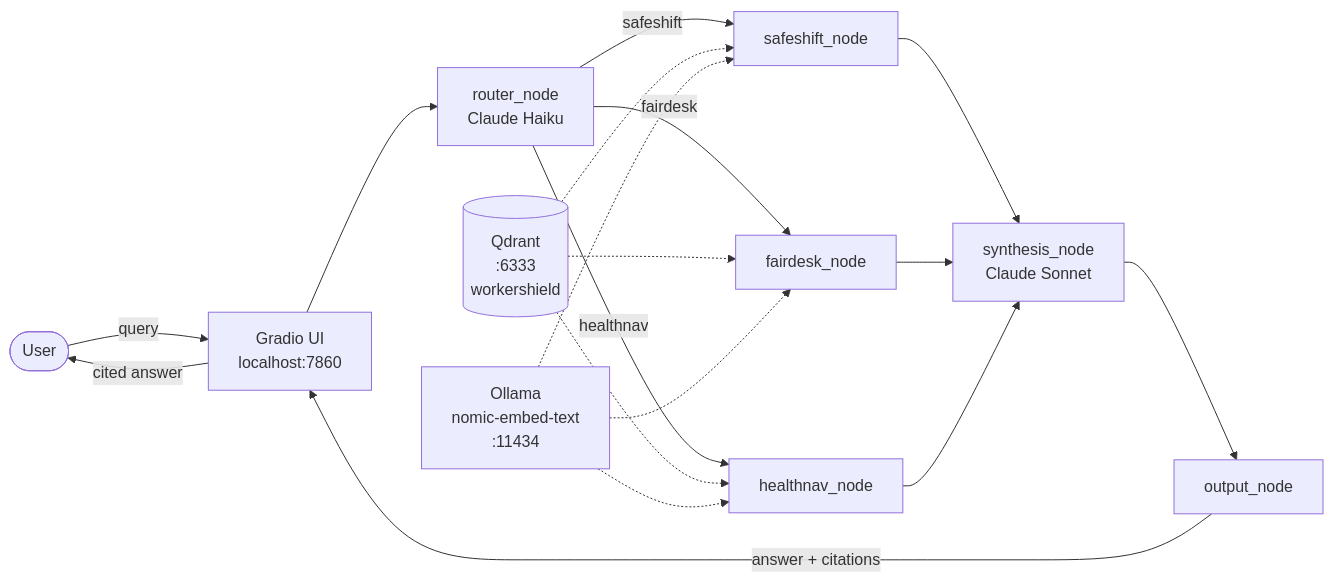
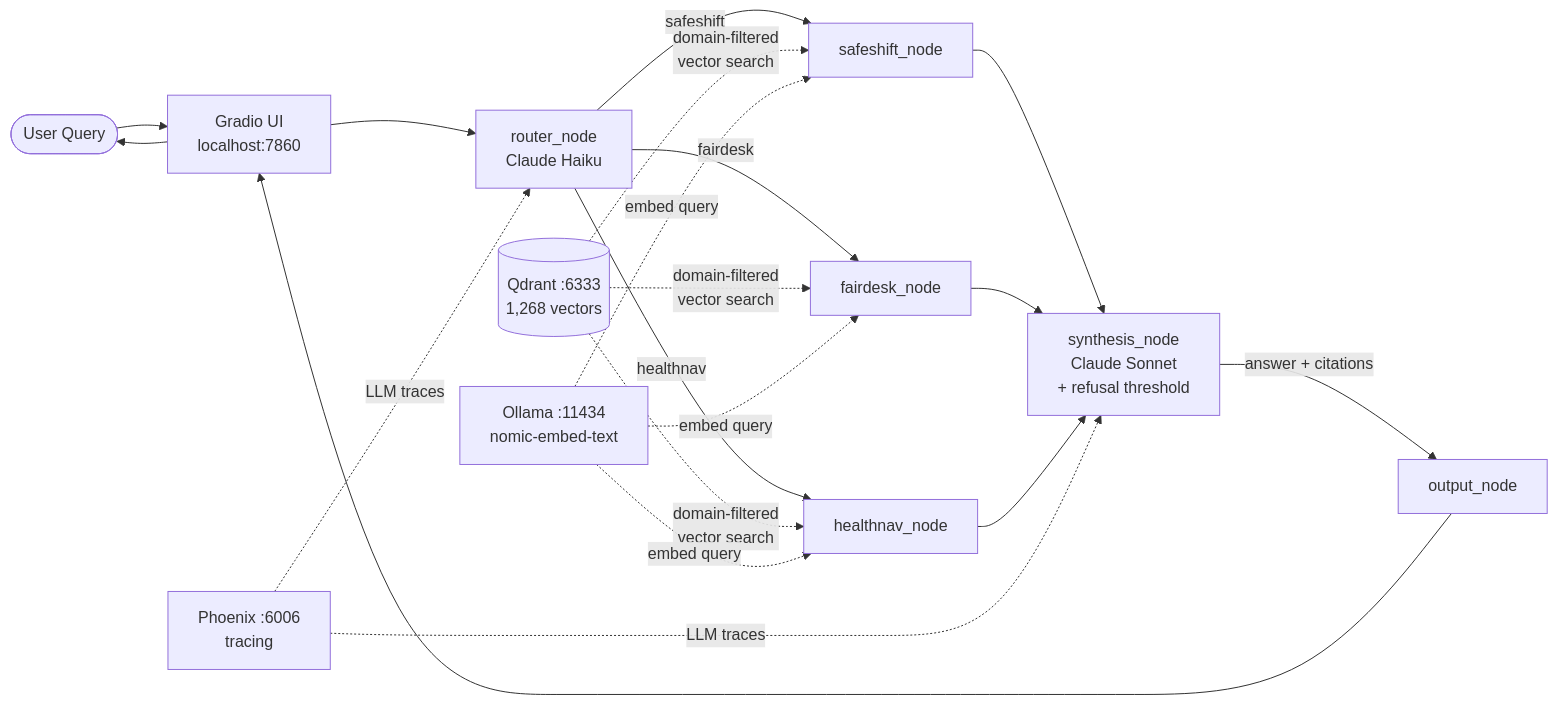
One commit to rajesh5983/workershield-v1 changed the diagram in README.md. Above: the diagram before and after it, drawn with Mermaid. The commit also changed other lines of this file and 2 other files, not shown here.

First line of the commit message:
docs: comprehensive v1 documentation update — README, ARCHITECTURE with Mermaid diagrams, status summary

````diff
--- a/README.md
+++ b/README.md
@@ -24,33 +25,33 @@
 ```mermaid
-%% WorkerShield — System Architecture
 flowchart LR
-    User(["User"])
+    User(["User Query"])
     UI["Gradio UI\nlocalhost:7860"]
     Router["router_node\nClaude Haiku"]
     SS["safeshift_node"]
     FD["fairdesk_node"]
     HN["healthnav_node"]
-    Synth["synthesis_node\nClaude Sonnet"]
+    Synth["synthesis_node\nClaude Sonnet\n+ refusal threshold"]
     Out["output_node"]
-    Qdrant[("Qdrant\n:6333\nworkershield")]
-    Ollama["Ollama\nnomic-embed-text\n:11434"]
+    Qdrant[("Qdrant :6333\n1,268 vectors")]
+    Ollama["Ollama :11434\nnomic-embed-text"]
+    Phoenix["Phoenix :6006\ntracing"]
 
-    User -->|query| UI
+    User --> UI
     UI --> Router
     Router -->|safeshift| SS
     Router -->|fairdesk| FD
     Router -->|healthnav| HN
-    SS --> Synth
-    FD --> Synth
-    HN --> Synth
-    Synth --> Out
-    Out -->|"answer + citations"| UI
-    UI -->|cited answer| User
+    SS & FD & HN --> Synth
+    Synth -->|"answer + citations"| Out
+    Out --> UI
+    UI --> User
 
-    Qdrant -.-> SS
-    Qdrant -.-> FD
-    Qdrant -.-> HN
-    Ollama -.-> SS
-    Ollama -.-> FD
-    Ollama -.-> HN
+    Qdrant -.->|domain-filtered\nvector search| SS
+    Qdrant -.->|domain-filtered\nvector search| FD
+    Qdrant -.->|domain-filtered\nvector search| HN
+    Ollama -.->|embed query| SS
+    Ollama -.->|embed query| FD
+    Ollama -.->|embed query| HN
+    Phoenix -.->|LLM traces| Router
+    Phoenix -.->|LLM traces| Synth
 ```
````
